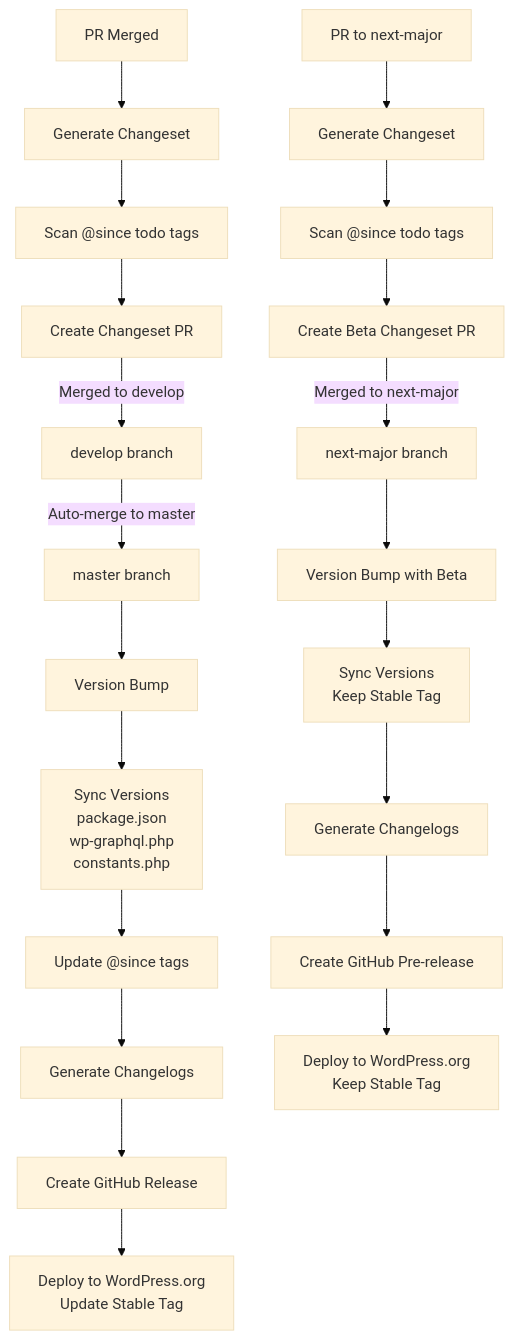
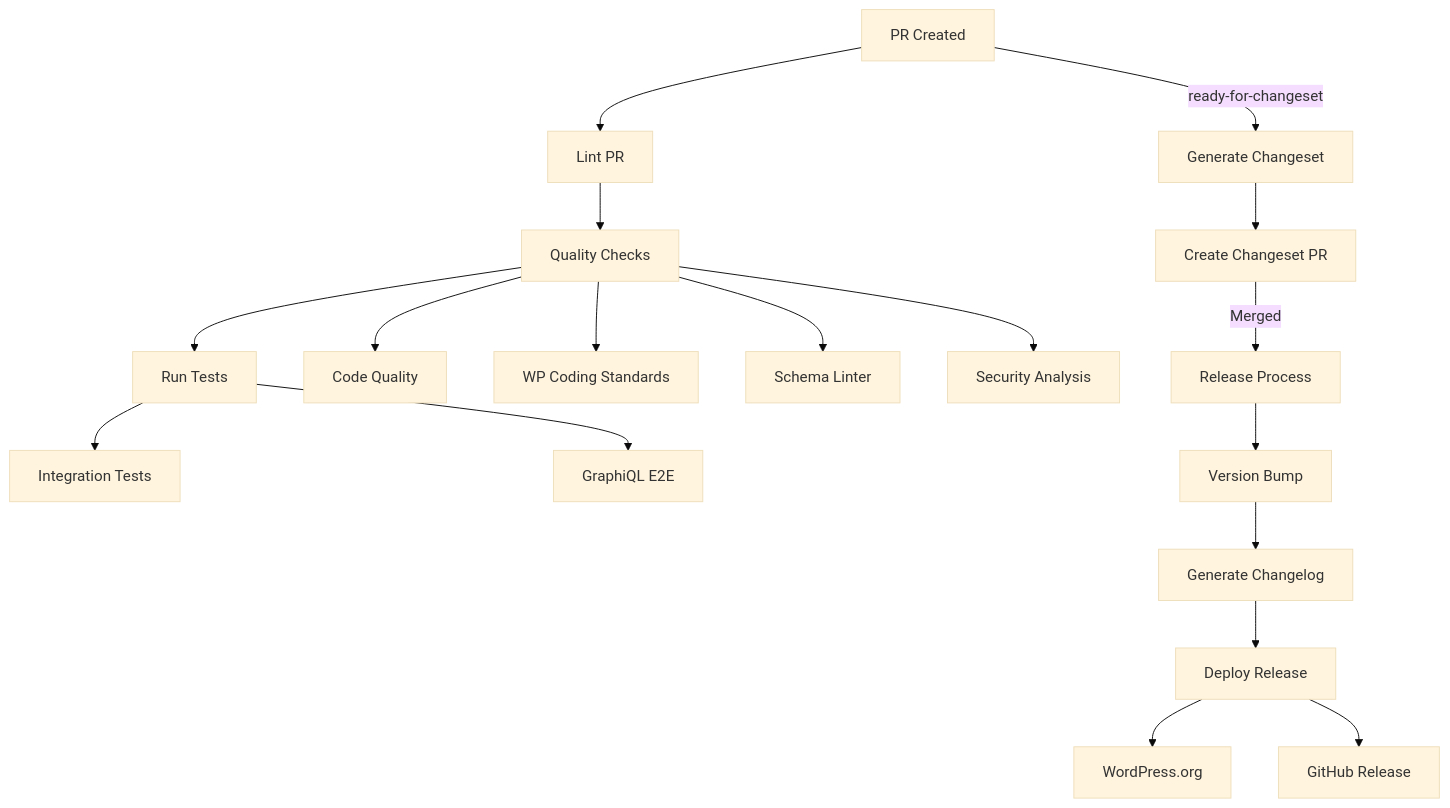
Before and after one commit to wp-graphql/wp-graphql: the diagram in .github/workflows/README.md, drawn with Mermaid (base theme). The commit also changed other lines of this file and 2 other files, not shown here.

````diff
--- a/.github/workflows/README.md
+++ b/.github/workflows/README.md
@@ -31,28 +101,29 @@
 ```mermaid
 flowchart TD
     %% PR and Changeset Process
-    PR[PR Merged] --> GC[Generate Changeset]
-    GC --> ST[Scan @since todo tags]
-    ST --> CPR[Create Changeset PR]
+    PR[PR Created] --> LPR[Lint PR]
+    LPR --> QA[Quality Checks]
+    QA --> Tests[Run Tests]
 
-    %% Standard Release Flow
-    CPR --> |Merged to develop| DEV[develop branch]
-    DEV --> |Auto-merge to master| M[master branch]
-    M --> VB[Version Bump]
-    VB --> SV[Sync Versions<br/>package.json<br/>wp-graphql.php<br/>constants.php]
-    SV --> US[Update @since tags]
-    US --> CL[Generate Changelogs]
-    CL --> GR[Create GitHub Release]
-    GR --> WO[Deploy to WordPress.org<br/>Update Stable Tag]
+    %% Quality Checks
+    QA --> CQ[Code Quality]
+    QA --> WCS[WP Coding Standards]
+    QA --> SL[Schema Linter]
+    QA --> SEC[Security Analysis]
 
-    %% Beta Release Flow
-    PR2[PR to next-major] --> GC2[Generate Changeset]
-    GC2 --> ST2[Scan @since todo tags]
-    ST2 --> CPR2[Create Beta Changeset PR]
-    CPR2 --> |Merged to next-major| NM[next-major branch]
-    NM --> BV[Version Bump with Beta]
-    BV --> BSV[Sync Versions<br/>Keep Stable Tag]
-    BSV --> BCL[Generate Changelogs]
-    BCL --> BGR[Create GitHub Pre-release]
-    BGR --> BWO[Deploy to WordPress.org<br/>Keep Stable Tag]
+    %% Tests
+    Tests --> INT[Integration Tests]
+    Tests --> E2E[GraphiQL E2E]
+
+    %% Changeset Process
+    PR --> |ready-for-changeset| GC[Generate Changeset]
+    GC --> CPR[Create Changeset PR]
+
+    %% Release Process
+    CPR --> |Merged| REL[Release Process]
+    REL --> VB[Version Bump]
+    VB --> CL[Generate Changelog]
+    CL --> DR[Deploy Release]
+    DR --> WO[WordPress.org]
+    DR --> GH[GitHub Release]
 ```
````
